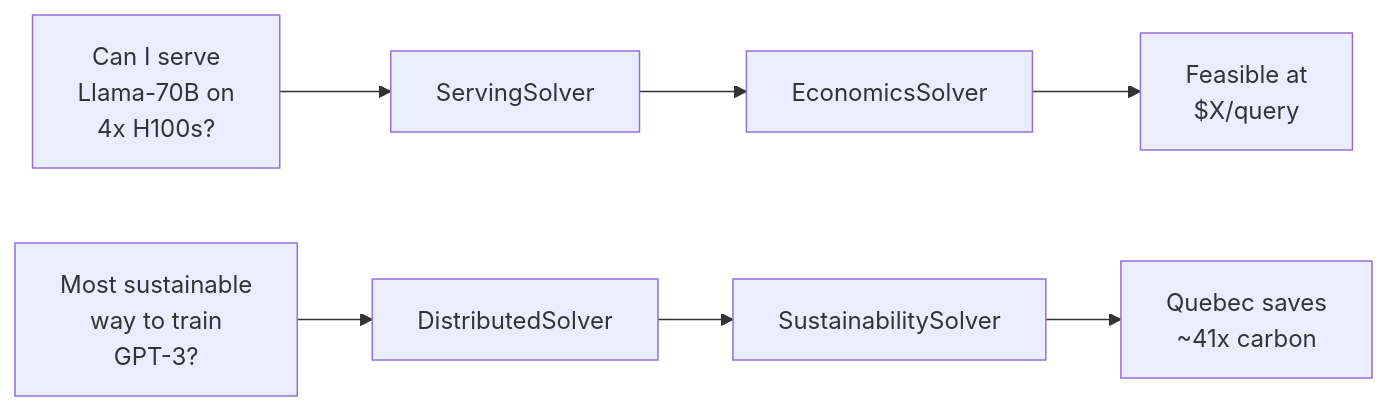
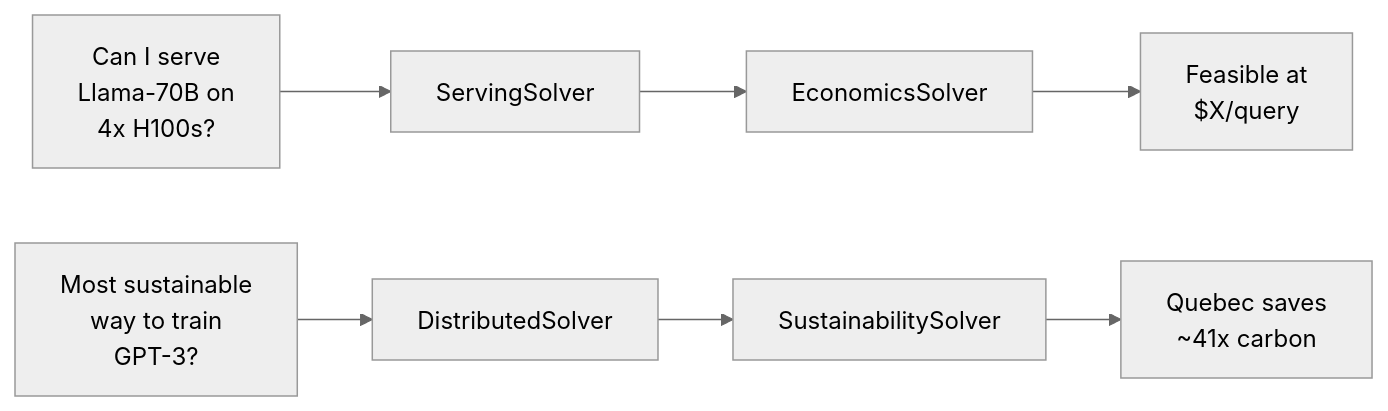
One commit to harvard-edge/cs249r_book changed the second of 2 diagrams in mlsysim/docs/whitepaper.qmd. Above: the diagram before and after it, drawn with Mermaid. The commit also changed other lines of this file and 35 other files, not shown here.

````diff
--- a/mlsysim/docs/whitepaper.qmd
+++ b/mlsysim/docs/whitepaper.qmd
@@ -246,12 +246,13 @@
 ```{mermaid}
+%%{init: {'theme': 'neutral'}}%%
 %%| fig-cap: "Solver composition for compound questions. Each solver's output feeds the next, enabling multi-dimensional analysis."
 %%| fig-width: 100%
 flowchart LR
     Q1["Can I serve<br/>Llama-70B on<br/>4x H100s?"] --> S1["ServingSolver"]
     S1 --> S2["EconomicsSolver"]
     S2 --> A1["Feasible at<br/>$X/query"]
 
     Q2["Most sustainable<br/>way to train<br/>GPT-3?"] --> S3["DistributedSolver"]
     S3 --> S4["SustainabilitySolver"]
     S4 --> A2["Quebec saves<br/>~41x carbon"]
 ```
````
